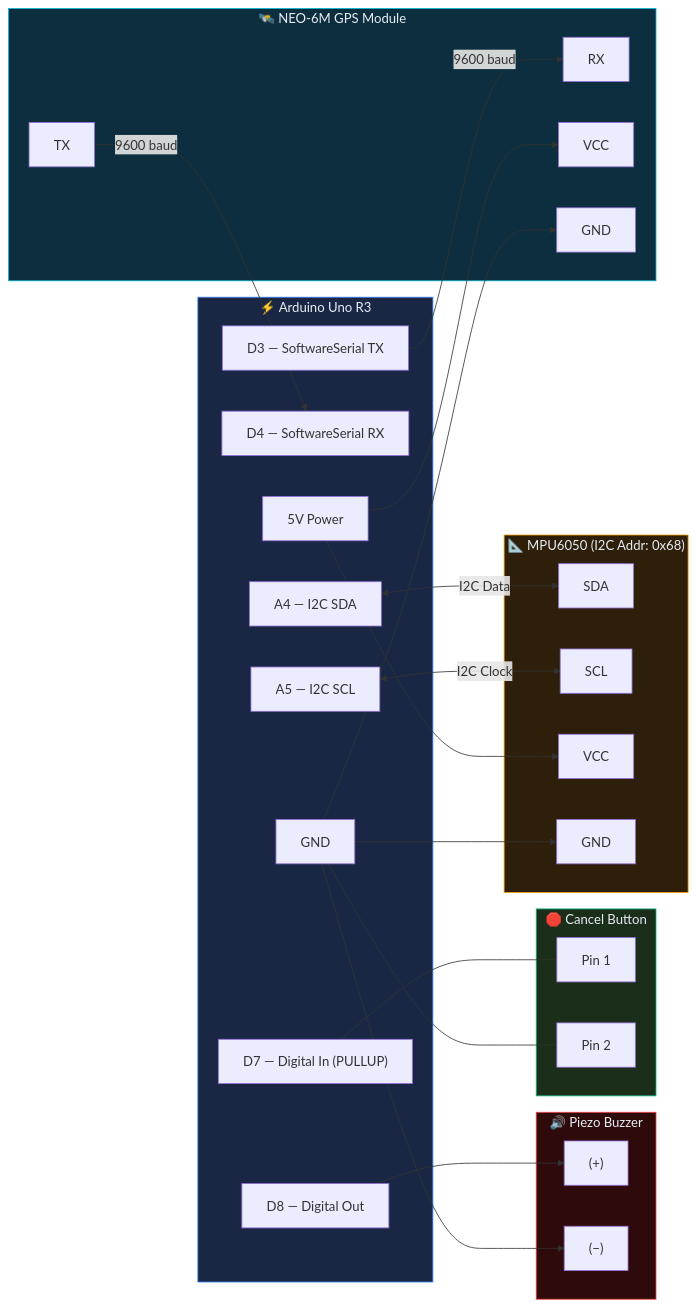
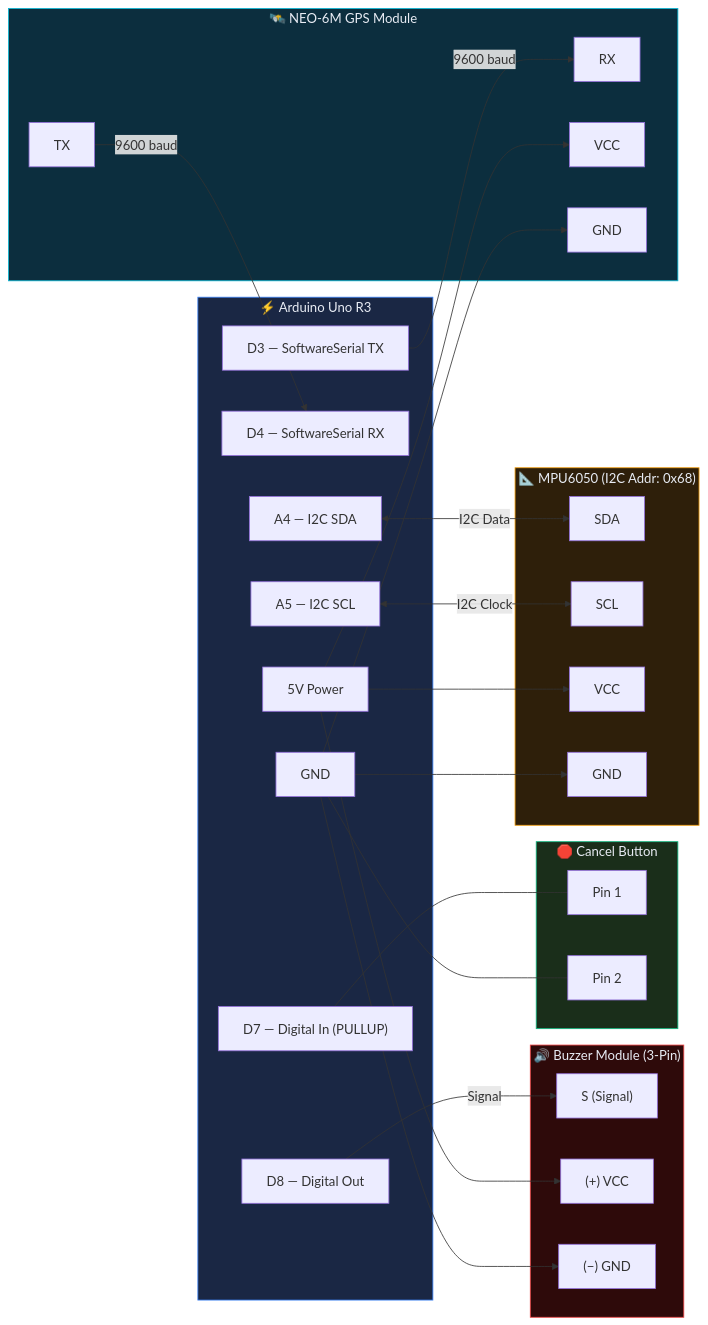
Before and after one commit to pratyushdeosingh/mdp: the fourth of 4 diagrams in README.md, drawn with Mermaid. The commit also changed other lines of this file and 2 other files, not shown here.

Commit message:
feat: improved SVG schematic + 3-pin buzzer wiring
- Rebuilt CircuitSchematic.tsx from scratch: cleaner layout, labeled
  sections (Sensors / MCU / Outputs), grid-dot background
- Buzzer updated to 3-pin module: S → D8 (signal), (+) → 5V, (−) → GND
- Arduino pins shown with color-coded connectors (UART/I2C/Digital)
- Wire paths with proper curves, labels, and GND bus at bottom
- Updated README Mermaid diagram and pin table for 3-pin buzzer
- Updated Documentation wiring table and module cards

````diff
--- a/README.md
+++ b/README.md
@@ -319,59 +319,61 @@
 ```mermaid
 graph LR
     subgraph ARDUINO["⚡ Arduino Uno R3"]
         D3["D3 — SoftwareSerial TX"]
         D4["D4 — SoftwareSerial RX"]
         A4["A4 — I2C SDA"]
         A5["A5 — I2C SCL"]
         D7["D7 — Digital In (PULLUP)"]
         D8["D8 — Digital Out"]
         V5["5V Power"]
         GND["GND"]
     end
 
     subgraph GPS["🛰️ NEO-6M GPS Module"]
         GPS_TX["TX"]
         GPS_RX["RX"]
         GPS_VCC["VCC"]
         GPS_GND["GND"]
     end
 
     subgraph MPU["📐 MPU6050 (I2C Addr: 0x68)"]
         MPU_SDA["SDA"]
         MPU_SCL["SCL"]
         MPU_VCC["VCC"]
         MPU_GND["GND"]
     end
 
-    subgraph BUZZ["🔊 Piezo Buzzer"]
-        BUZ_P["(+)"]
-        BUZ_N["(−)"]
+    subgraph BUZZ["🔊 Buzzer Module (3-Pin)"]
+        BUZ_S["S (Signal)"]
+        BUZ_P["(+) VCC"]
+        BUZ_N["(−) GND"]
     end
 
     subgraph BTN["🛑 Cancel Button"]
         BTN_1["Pin 1"]
         BTN_2["Pin 2"]
     end
 
     GPS_TX -->|"9600 baud"| D4
     D3 -->|"9600 baud"| GPS_RX
     V5 --> GPS_VCC
     GND --> GPS_GND
 
     A4 <-->|"I2C Data"| MPU_SDA
     A5 <-->|"I2C Clock"| MPU_SCL
     V5 --> MPU_VCC
     GND --> MPU_GND
 
-    D8 --> BUZ_P
+    D8 -->|"Signal"| BUZ_S
+    V5 --> BUZ_P
     GND --> BUZ_N
 
     D7 --- BTN_1
     GND --- BTN_2
 
     style ARDUINO fill:#1a2744,stroke:#3b82f6,color:#e8ecf4
     style GPS fill:#0c2e3e,stroke:#06b6d4,color:#e8ecf4
     style MPU fill:#2e1f0a,stroke:#f59e0b,color:#e8ecf4
     style BUZZ fill:#2e0a0a,stroke:#ef4444,color:#e8ecf4
     style BTN fill:#1a2e1a,stroke:#10b981,color:#e8ecf4
 ```
````
